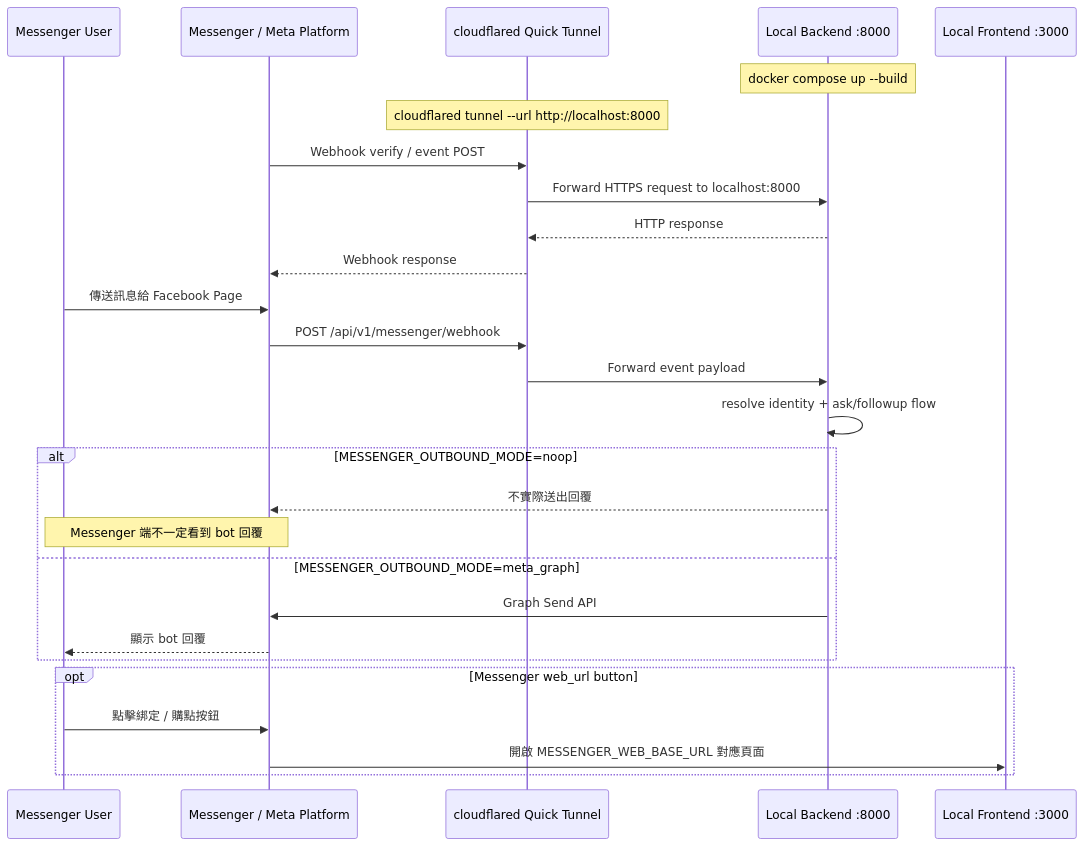
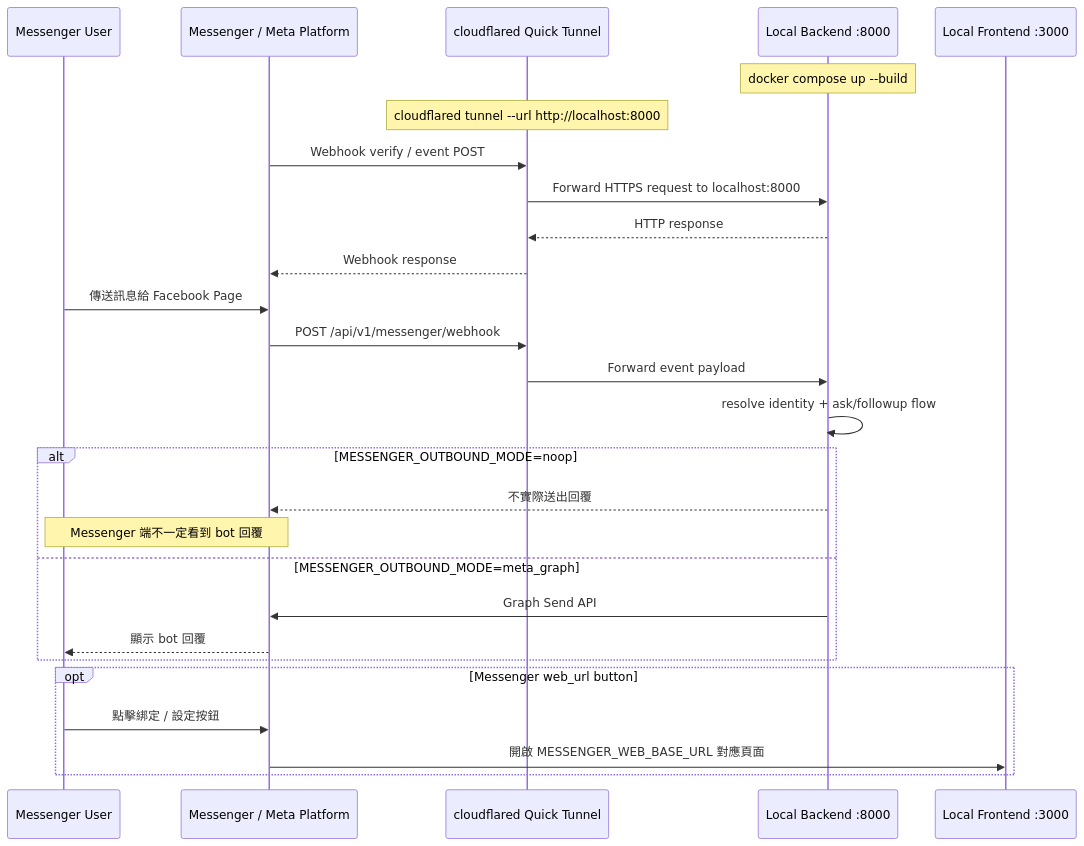
Before and after one commit to kevin1kevin1k/cyber-oracle: the first of 2 diagrams in docs/messenger_validation_runbook.md, drawn with Mermaid. The commit also changed other lines of this file and 3 other files, not shown here.

````diff
--- a/docs/messenger_validation_runbook.md
+++ b/docs/messenger_validation_runbook.md
@@ -83,33 +83,33 @@
 ```mermaid
 sequenceDiagram
   participant U as Messenger User
   participant M as Messenger / Meta Platform
   participant CF as cloudflared Quick Tunnel
   participant B as Local Backend :8000
   participant F as Local Frontend :3000
 
   Note over B: docker compose up --build
   Note over CF: cloudflared tunnel --url http://localhost:8000
 
   M->>CF: Webhook verify / event POST
   CF->>B: Forward HTTPS request to localhost:8000
   B-->>CF: HTTP response
   CF-->>M: Webhook response
 
   U->>M: 傳送訊息給 Facebook Page
   M->>CF: POST /api/v1/messenger/webhook
   CF->>B: Forward event payload
   B->>B: resolve identity + ask/followup flow
   alt MESSENGER_OUTBOUND_MODE=noop
     B-->>M: 不實際送出回覆
     Note over U,M: Messenger 端不一定看到 bot 回覆
   else MESSENGER_OUTBOUND_MODE=meta_graph
     B->>M: Graph Send API
     M-->>U: 顯示 bot 回覆
   end
 
   opt Messenger web_url button
-    U->>M: 點擊綁定 / 購點按鈕
+    U->>M: 點擊綁定 / 設定按鈕
     M->>F: 開啟 MESSENGER_WEB_BASE_URL 對應頁面
   end
 ```
````
